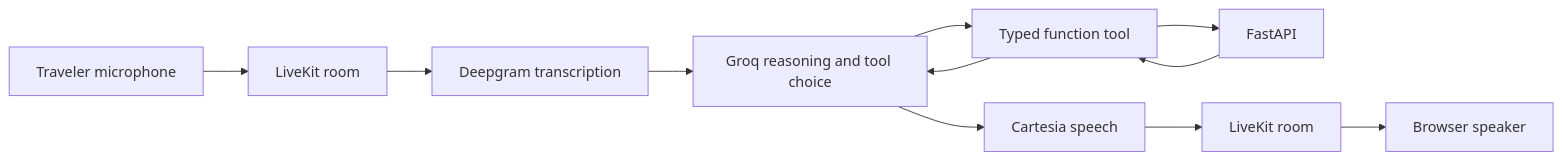
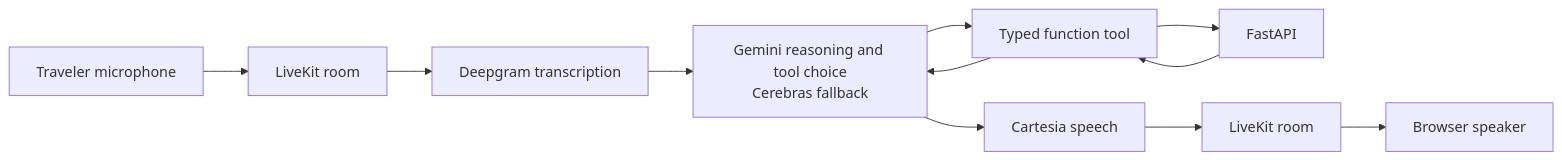
Before and after one commit to Parth-Bisht-227/waypoint-voice-ai: the second of 8 diagrams in docs/ARCHITECTURE.md, drawn with Mermaid. The commit also changed other lines of this file and 14 other files, not shown here.

Commit message:
feat: add Gemini and Cerebras LLM fallback

````diff
--- a/docs/ARCHITECTURE.md
+++ b/docs/ARCHITECTURE.md
@@ -72,13 +72,13 @@
 ```mermaid
 flowchart LR
     Mic[Traveler microphone] --> LKIn[LiveKit room]
     LKIn --> STT[Deepgram transcription]
-    STT --> LLM[Groq reasoning and tool choice]
+    STT --> LLM[Gemini reasoning and tool choice<br/>Cerebras fallback]
     LLM --> Tool[Typed function tool]
     Tool --> API[FastAPI]
     API --> Tool
     Tool --> LLM
     LLM --> TTS[Cartesia speech]
     TTS --> LKOut[LiveKit room]
     LKOut --> Speaker[Browser speaker]
 ```
````
